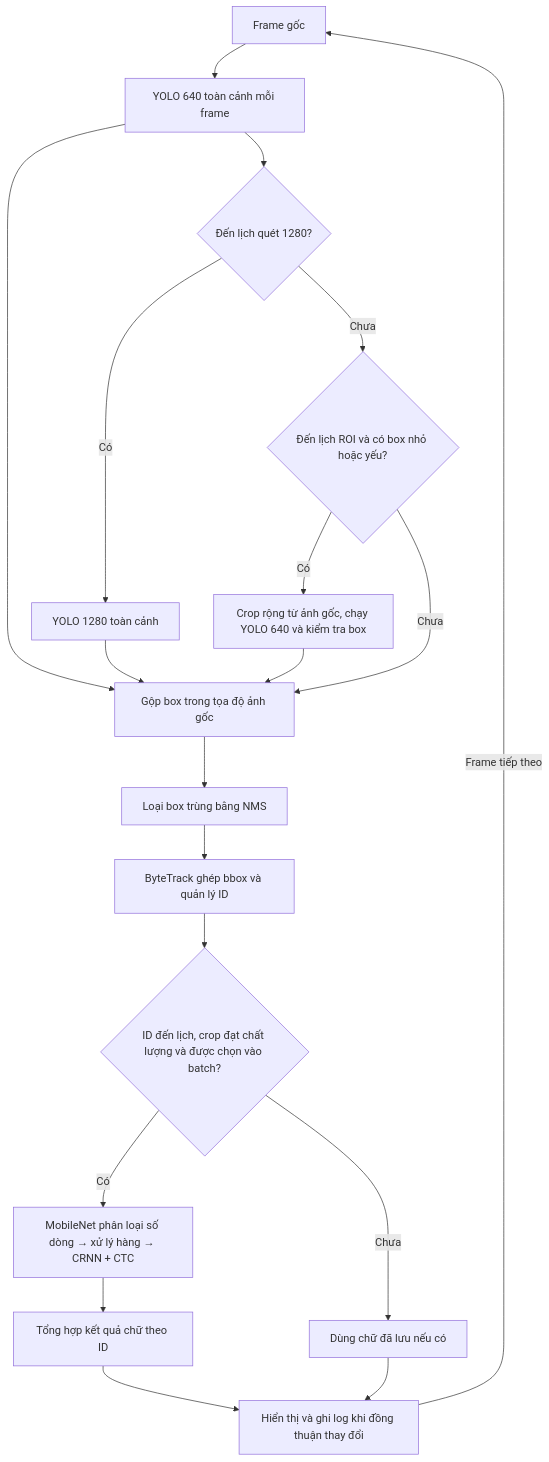
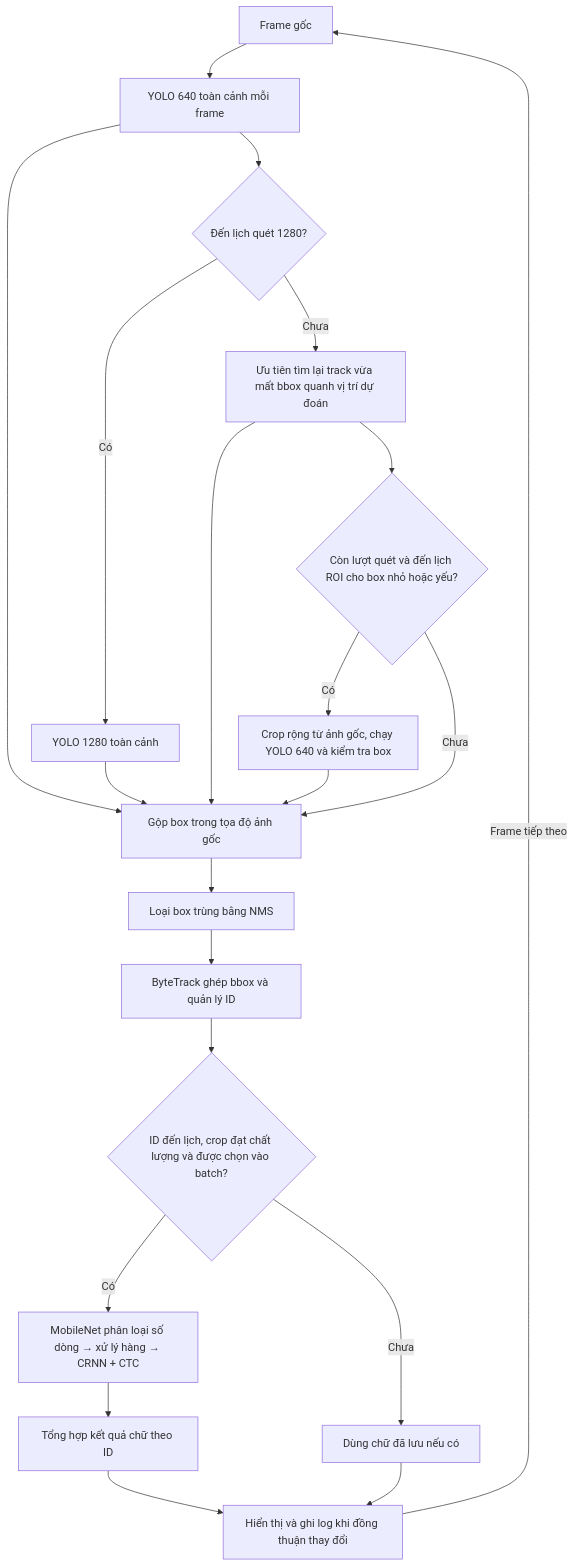
One commit to thetreeee/License-plate-recognize-Yolo-CNN changed the diagram in README.md. Above: the diagram before and after it, drawn with Mermaid. The commit also changed other lines of this file and 37 other files, not shown here.

````diff
--- a/README.md
+++ b/README.md
@@ -29,21 +29,23 @@
 ```mermaid
 flowchart TD
     A["Frame gốc"] --> B["YOLO 640 toàn cảnh mỗi frame"]
     B --> G["Gộp box trong tọa độ ảnh gốc"]
     B --> H{"Đến lịch quét 1280?"}
     H -->|Có| Y["YOLO 1280 toàn cảnh"]
-    H -->|Chưa| R{"Đến lịch ROI và có box nhỏ hoặc yếu?"}
+    H -->|Chưa| F["Ưu tiên tìm lại track vừa mất bbox quanh vị trí dự đoán"]
+    F --> G
+    F --> R{"Còn lượt quét và đến lịch ROI cho box nhỏ hoặc yếu?"}
     R -->|Có| C["Crop rộng từ ảnh gốc, chạy YOLO 640 và kiểm tra box"]
     R -->|Chưa| G
     Y --> G
     C --> G
     G --> N["Loại box trùng bằng NMS"]
     N --> T["ByteTrack ghép bbox và quản lý ID"]
     T --> O{"ID đến lịch, crop đạt chất lượng và được chọn vào batch?"}
     O -->|Có| M["MobileNet phân loại số dòng → xử lý hàng → CRNN + CTC"]
     M --> V["Tổng hợp kết quả chữ theo ID"]
     O -->|Chưa| U["Dùng chữ đã lưu nếu có"]
     V --> D["Hiển thị và ghi log khi đồng thuận thay đổi"]
     U --> D
     D -->|Frame tiếp theo| A
 ```
````
